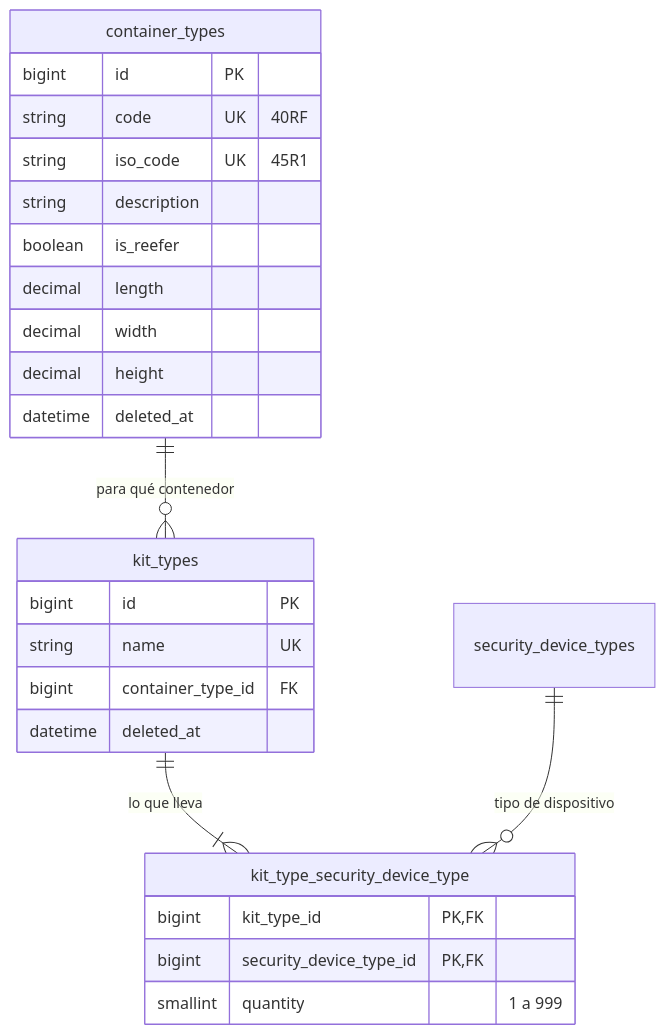
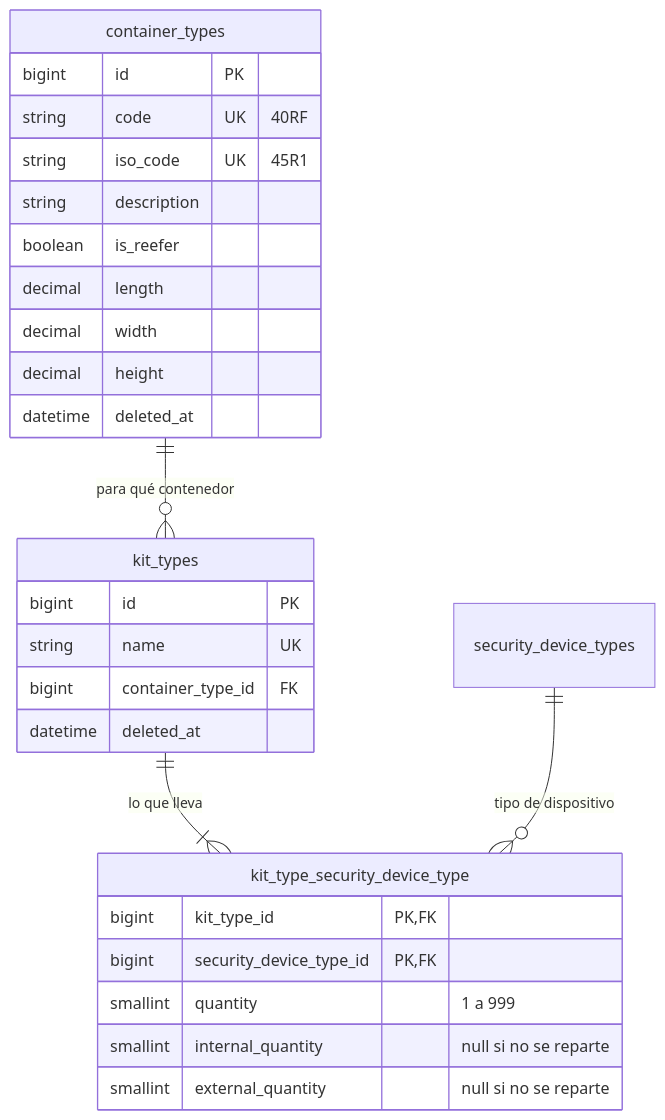
Before and after one commit to Cerati1998/SIGLA-TOS: the sixth of 8 diagrams in docs/database.md, drawn with Mermaid. The commit also changed other lines of this file and 2 other files, not shown here.

````diff
--- a/docs/database.md
+++ b/docs/database.md
@@ -255,29 +256,31 @@
 ```mermaid
 erDiagram
   container_types ||--o{ kit_types : "para qué contenedor"
   kit_types ||--|{ kit_type_security_device_type : "lo que lleva"
   security_device_types ||--o{ kit_type_security_device_type : "tipo de dispositivo"
 
   container_types {
     bigint id PK
     string code UK "40RF"
     string iso_code UK "45R1"
     string description
     boolean is_reefer
     decimal length
     decimal width
     decimal height
     datetime deleted_at
   }
   kit_types {
     bigint id PK
     string name UK
     bigint container_type_id FK
     datetime deleted_at
   }
   kit_type_security_device_type {
     bigint kit_type_id PK, FK
     bigint security_device_type_id PK, FK
     smallint quantity "1 a 999"
+    smallint internal_quantity "null si no se reparte"
+    smallint external_quantity "null si no se reparte"
   }
 ```
````
